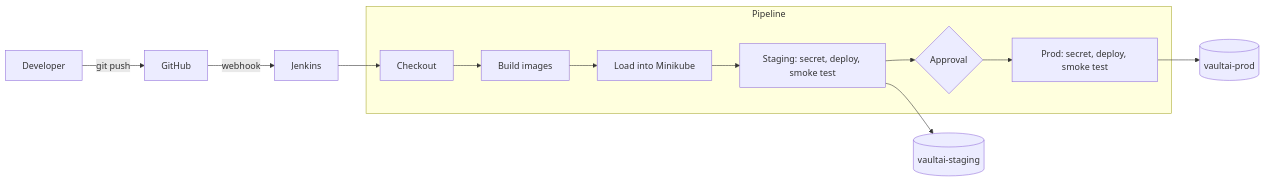
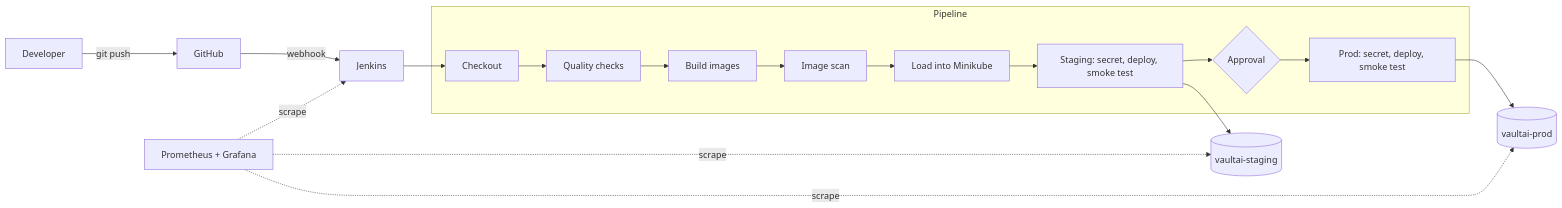
The diagram in README.md (kernal05/Finacplus-Vaultai), drawn with Mermaid before and after one commit. The commit also changed other lines of this file and 10 other files, not shown here.

Commit message:
Add quality checks and image scan, pin dependencies, update docs and diagram

````diff
--- a/README.md
+++ b/README.md
@@ -13,12 +13,15 @@
 ```mermaid
 flowchart LR
   Dev[Developer] -->|git push| GH[GitHub]
   GH -->|webhook| J[Jenkins]
   J --> A[Checkout]
   subgraph Pipeline
-    A --> B[Build images] --> C[Load into Minikube] --> D[Staging: secret, deploy, smoke test] --> E{Approval}
+    A --> Q[Quality checks] --> B[Build images] --> I[Image scan] --> C[Load into Minikube] --> D[Staging: secret, deploy, smoke test] --> E{Approval}
     E --> F[Prod: secret, deploy, smoke test]
   end
   D --> S[(vaultai-staging)]
   F --> P[(vaultai-prod)]
+  M[Prometheus + Grafana] -.->|scrape| S
+  M -.->|scrape| P
+  M -.->|scrape| J
 ```
````
